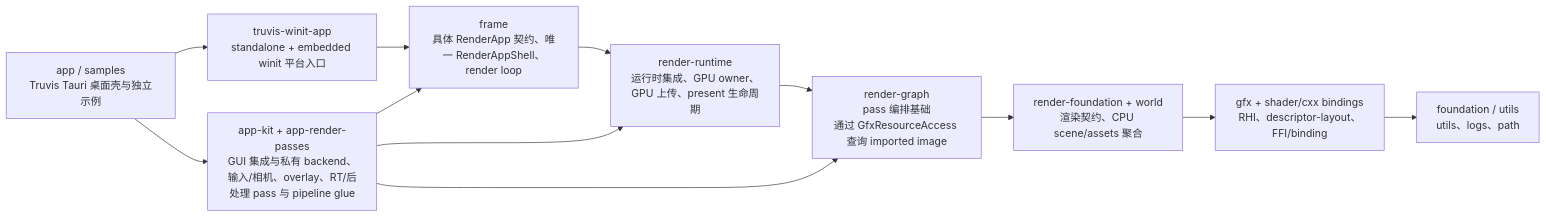
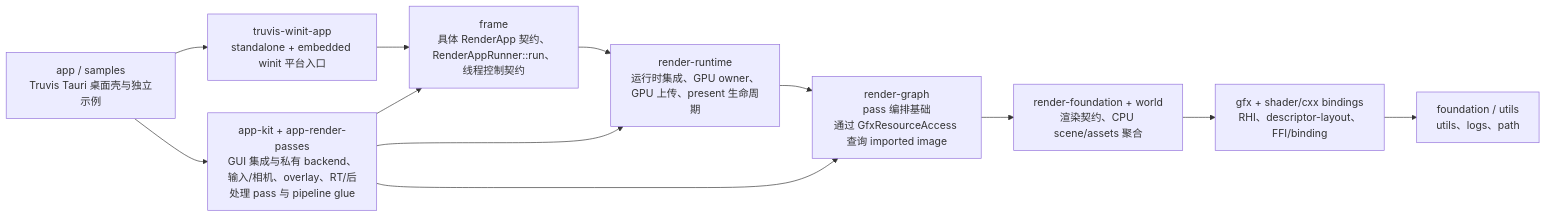
One commit to acccoco/TruvisRenderer changed the second of 3 diagrams in docs/summaries/layering-and-dependency-boundaries.md. Above: the diagram before and after it, drawn with Mermaid. The commit also changed other lines of this file and 35 other files, not shown here.

````diff
--- a/docs/summaries/layering-and-dependency-boundaries.md
+++ b/docs/summaries/layering-and-dependency-boundaries.md
@@ -36,16 +36,16 @@
 ```mermaid
 flowchart LR
     Foundation["foundation / utils<br/>utils、logs、path"]
     Gfx["gfx + shader/cxx bindings<br/>RHI、descriptor-layout、FFI/binding"]
     Core["render-foundation + world<br/>渲染契约、CPU scene/assets 聚合"]
     RenderDomain["render-graph<br/>pass 编排基础<br/>通过 GfxResourceAccess 查询 imported image"]
     Runtime["render-runtime<br/>运行时集成、GPU owner、GPU 上传、present 生命周期"]
-    Frame["frame<br/>具体 RenderApp 契约、唯一 RenderAppShell、render loop"]
+    Frame["frame<br/>具体 RenderApp 契约、RenderAppRunner::run、线程控制契约"]
     AppKit["app-kit + app-render-passes<br/>GUI 集成与私有 backend、输入/相机、overlay、RT/后处理 pass 与 pipeline glue"]
     App["app / samples<br/>Truvis Tauri 桌面壳与独立示例"]
     Platform["truvis-winit-app<br/>standalone + embedded winit 平台入口"]
     App --> Platform --> Frame --> Runtime --> RenderDomain --> Core --> Gfx --> Foundation
     App --> AppKit --> Frame
     AppKit --> Runtime
     AppKit --> RenderDomain
 ```
````
